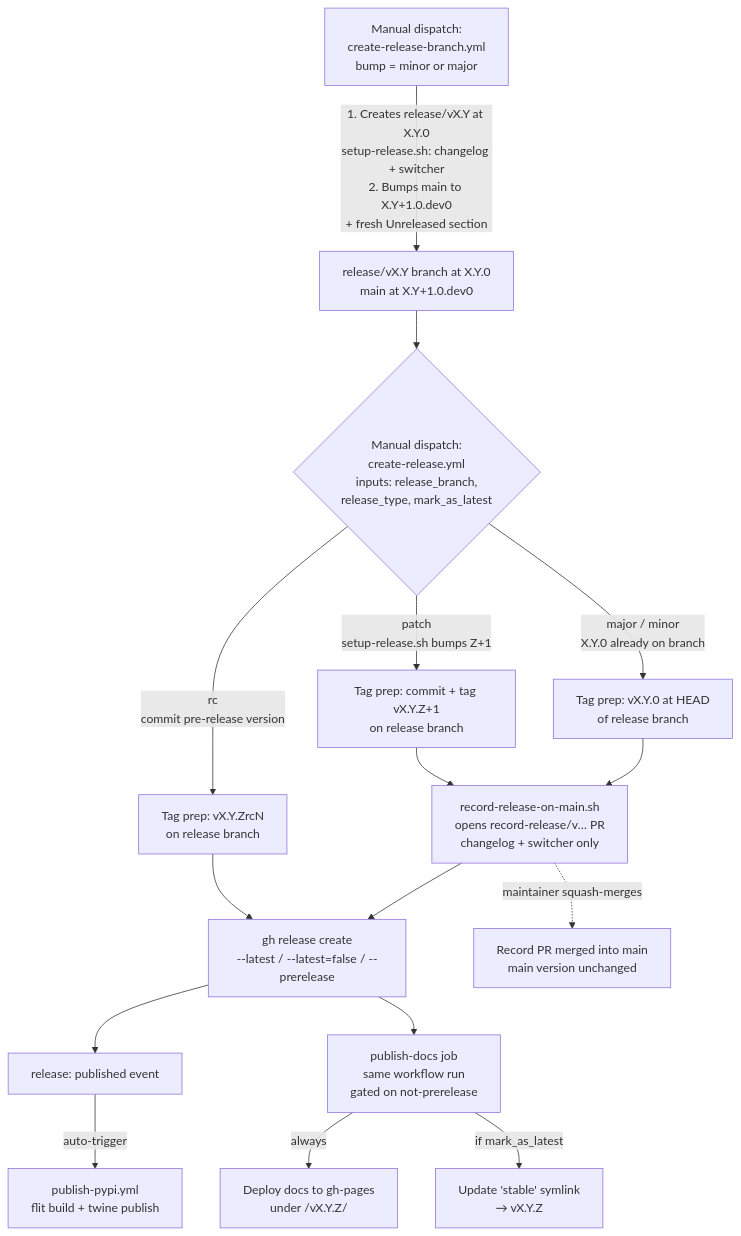
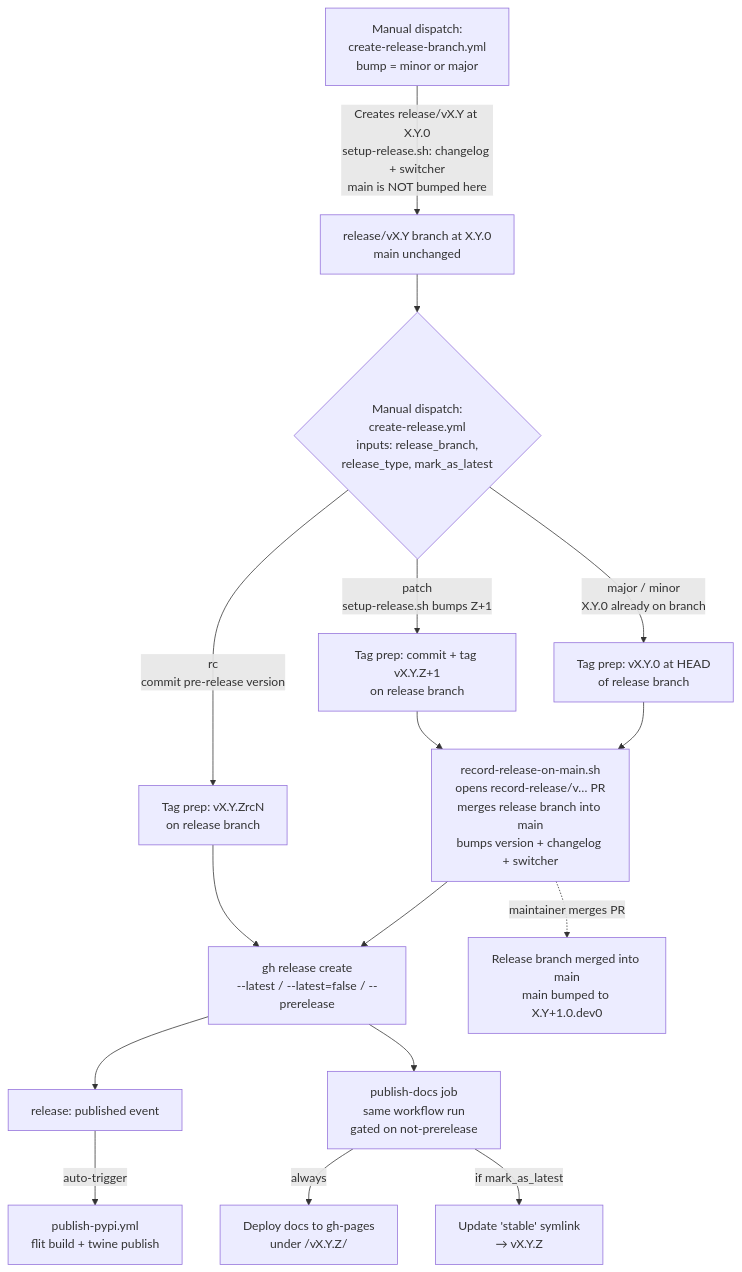
Before and after one commit to Deltares/hydromt: the first of 2 diagrams in docs/RELEASE_PROCESS.md, drawn with Mermaid. The commit also changed other lines of this file and 4 other files, not shown here.

````diff
--- a/docs/RELEASE_PROCESS.md
+++ b/docs/RELEASE_PROCESS.md
@@ -13,27 +13,27 @@
 ```mermaid
 flowchart TD
     A[Manual dispatch:<br/>create-release-branch.yml<br/>bump = minor or major]
-      -->|1. Creates release/vX.Y at X.Y.0<br/>setup-release.sh: changelog + switcher<br/>2. Bumps main to X.Y+1.0.dev0<br/>+ fresh Unreleased section| B[release/vX.Y branch at X.Y.0<br/>main at X.Y+1.0.dev0]
+      -->|Creates release/vX.Y at X.Y.0<br/>setup-release.sh: changelog + switcher<br/>main is NOT bumped here| B[release/vX.Y branch at X.Y.0<br/>main unchanged]
 
     B --> C{Manual dispatch:<br/>create-release.yml<br/>inputs: release_branch,<br/>release_type, mark_as_latest}
 
     C -->|major / minor<br/>X.Y.0 already on branch| D1[Tag prep: vX.Y.0 at HEAD<br/>of release branch]
     C -->|patch<br/>setup-release.sh bumps Z+1| D2[Tag prep: commit + tag vX.Y.Z+1<br/>on release branch]
     C -->|rc<br/>commit pre-release version| D3[Tag prep: vX.Y.ZrcN<br/>on release branch]
 
     D1 --> E
     D2 --> E
-    E[record-release-on-main.sh<br/>opens record-release/v… PR<br/>changelog + switcher only]
+    E[record-release-on-main.sh<br/>opens record-release/v… PR<br/>merges release branch into main<br/>bumps version + changelog + switcher]
 
     E --> G
     D3 --> G[gh release create<br/>--latest / --latest=false / --prerelease]
 
     G --> I[release: published event]
     I -->|auto-trigger| J[publish-pypi.yml<br/>flit build + twine publish]
 
     G --> H[publish-docs job<br/>same workflow run<br/>gated on not-prerelease]
     H -->|always| H1[Deploy docs to gh-pages<br/>under /vX.Y.Z/]
     H -->|if mark_as_latest| H2[Update 'stable' symlink<br/>→ vX.Y.Z]
 
-    E -.->|maintainer squash-merges| K[Record PR merged into main<br/>main version unchanged]
+    E -.->|maintainer merges PR| K[Release branch merged into main<br/>main bumped to X.Y+1.0.dev0]
 ```
````
